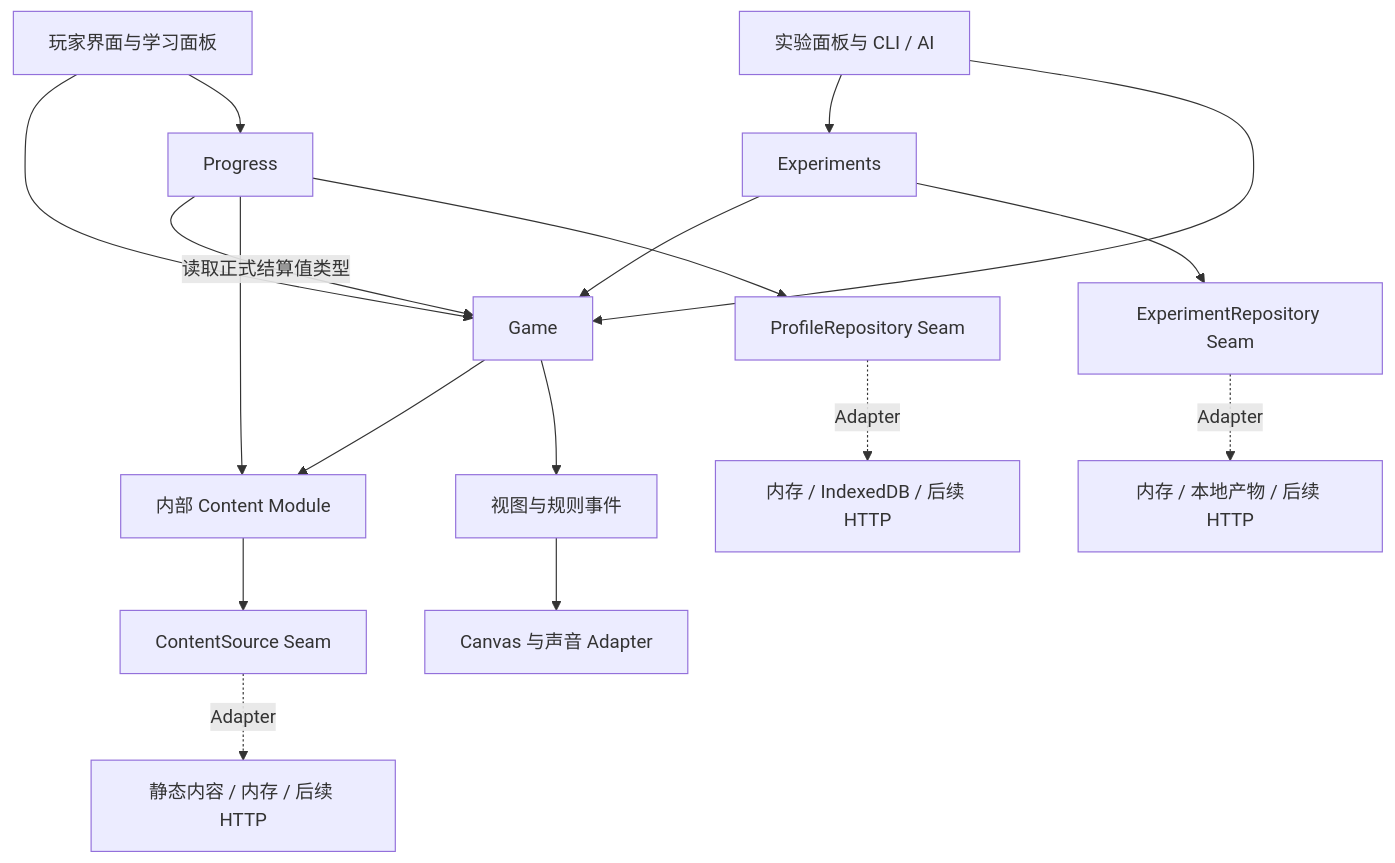
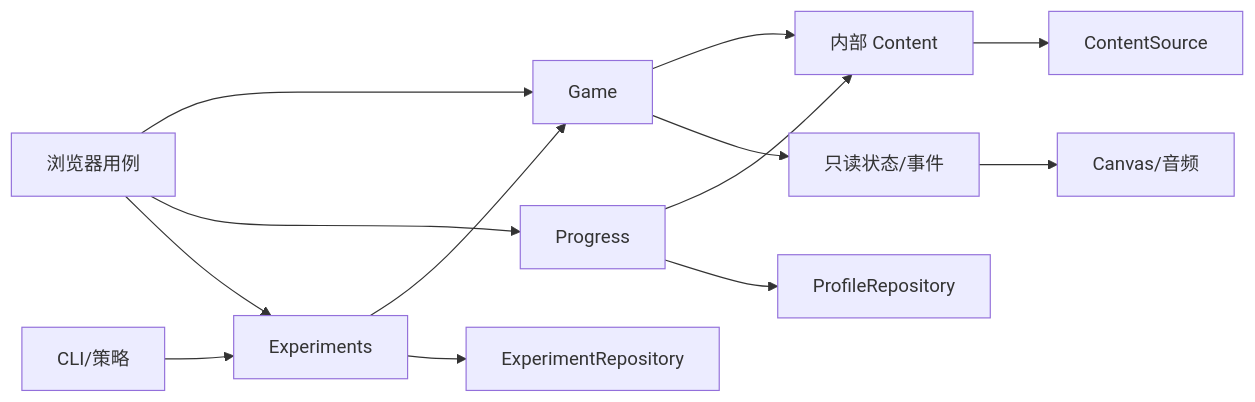
One commit to wishflow/wishflow-tools changed the diagram in apps/gunsnglory/docs/architecture.md. Above: the diagram before and after it, drawn with Mermaid. The commit also changed other lines of this file and 12 other files, not shown here.

````diff
--- a/apps/gunsnglory/docs/architecture.md
+++ b/apps/gunsnglory/docs/architecture.md
@@ -32,19 +15,15 @@
 ```mermaid
-flowchart TB
-    UI[玩家界面与学习面板] --> Game
-    UI --> Progress
-    Lab[实验面板与 CLI / AI] --> Experiments
-    Lab --> Game
-    Experiments --> Game
-    Progress -->|读取正式结算值类型| Game
-    Game --> Content[内部 Content Module]
-    Progress --> Content
-    Content --> CS[ContentSource Seam]
-    Progress --> PR[ProfileRepository Seam]
-    Experiments --> ER[ExperimentRepository Seam]
-    CS -. Adapter .-> Sources[静态内容 / 内存 / 后续 HTTP]
-    PR -. Adapter .-> Profiles[内存 / IndexedDB / 后续 HTTP]
-    ER -. Adapter .-> Results[内存 / 本地产物 / 后续 HTTP]
-    Game --> View[视图与规则事件]
-    View --> Render[Canvas 与声音 Adapter]
+flowchart LR
+  UI[浏览器用例] --> Game
+  UI --> Progress
+  UI --> Experiments
+  CLI[CLI/策略] --> Experiments
+  Experiments --> Game
+  Game --> Content[内部 Content]
+  Progress --> Content
+  Game --> View[只读状态/事件]
+  View --> Render[Canvas/音频]
+  Progress --> PR[ProfileRepository]
+  Experiments --> ER[ExperimentRepository]
+  Content --> CS[ContentSource]
 ```
````
